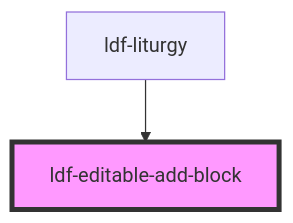
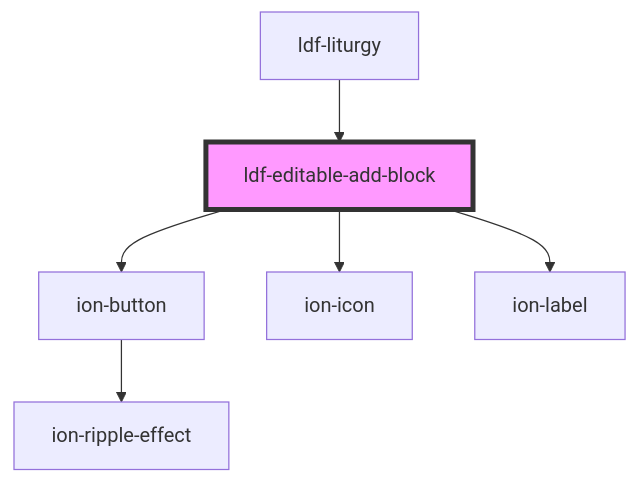
Before and after one commit to gbj/venite: the diagram in components/src/components/editable-add-block/readme.md, drawn with Mermaid. The commit also changed other lines of this file and 8 other files, not shown here.

````diff
--- a/components/src/components/editable-add-block/readme.md
+++ b/components/src/components/editable-add-block/readme.md
@@ -32,5 +38,9 @@
 ```mermaid
 graph TD;
+  ldf-editable-add-block --> ion-button
+  ldf-editable-add-block --> ion-icon
+  ldf-editable-add-block --> ion-label
+  ion-button --> ion-ripple-effect
   ldf-liturgy --> ldf-editable-add-block
   style ldf-editable-add-block fill:#f9f,stroke:#333,stroke-width:4px
 ```
````
